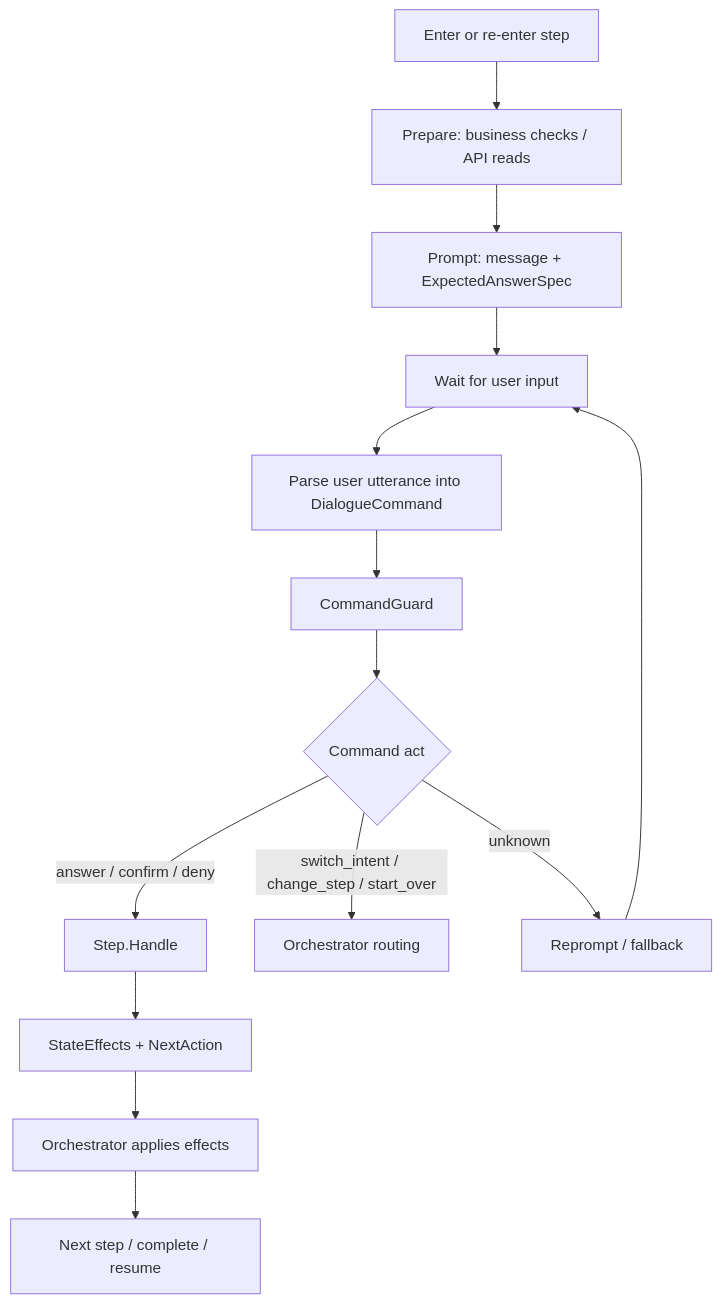
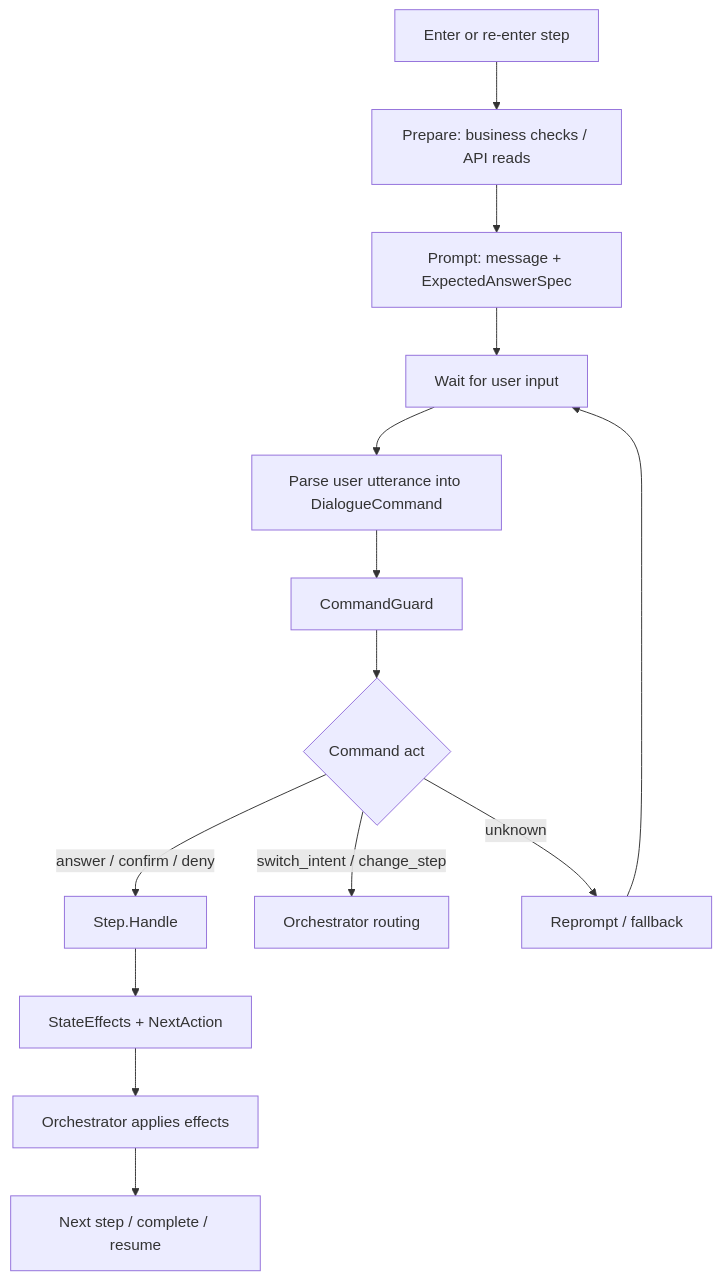
One commit to fghjkl007/adk-go-company-model-integration changed the second of 7 diagrams in docs/superpowers/specs/2026-06-07-intent-step-orchestration-confluence.md. Above: the diagram before and after it, drawn with Mermaid. The commit also changed other lines of this file, not shown here.

````diff
--- a/docs/superpowers/specs/2026-06-07-intent-step-orchestration-confluence.md
+++ b/docs/superpowers/specs/2026-06-07-intent-step-orchestration-confluence.md
@@ -110,16 +110,16 @@
 ```mermaid
 flowchart TD
   Enter["Enter or re-enter step"] --> Prepare["Prepare: business checks / API reads"]
   Prepare --> Prompt["Prompt: message + ExpectedAnswerSpec"]
   Prompt --> Wait["Wait for user input"]
   Wait --> Parse["Parse user utterance into DialogueCommand"]
   Parse --> Guard["CommandGuard"]
   Guard --> Decision{"Command act"}
   Decision -->|answer / confirm / deny| Handle["Step.Handle"]
-  Decision -->|switch_intent / change_step / start_over| Orchestrator["Orchestrator routing"]
+  Decision -->|switch_intent / change_step| Orchestrator["Orchestrator routing"]
   Decision -->|unknown| Reprompt["Reprompt / fallback"]
   Handle --> Result["StateEffects + NextAction"]
   Result --> Apply["Orchestrator applies effects"]
   Apply --> Next["Next step / complete / resume"]
   Reprompt --> Wait
 ```
````
